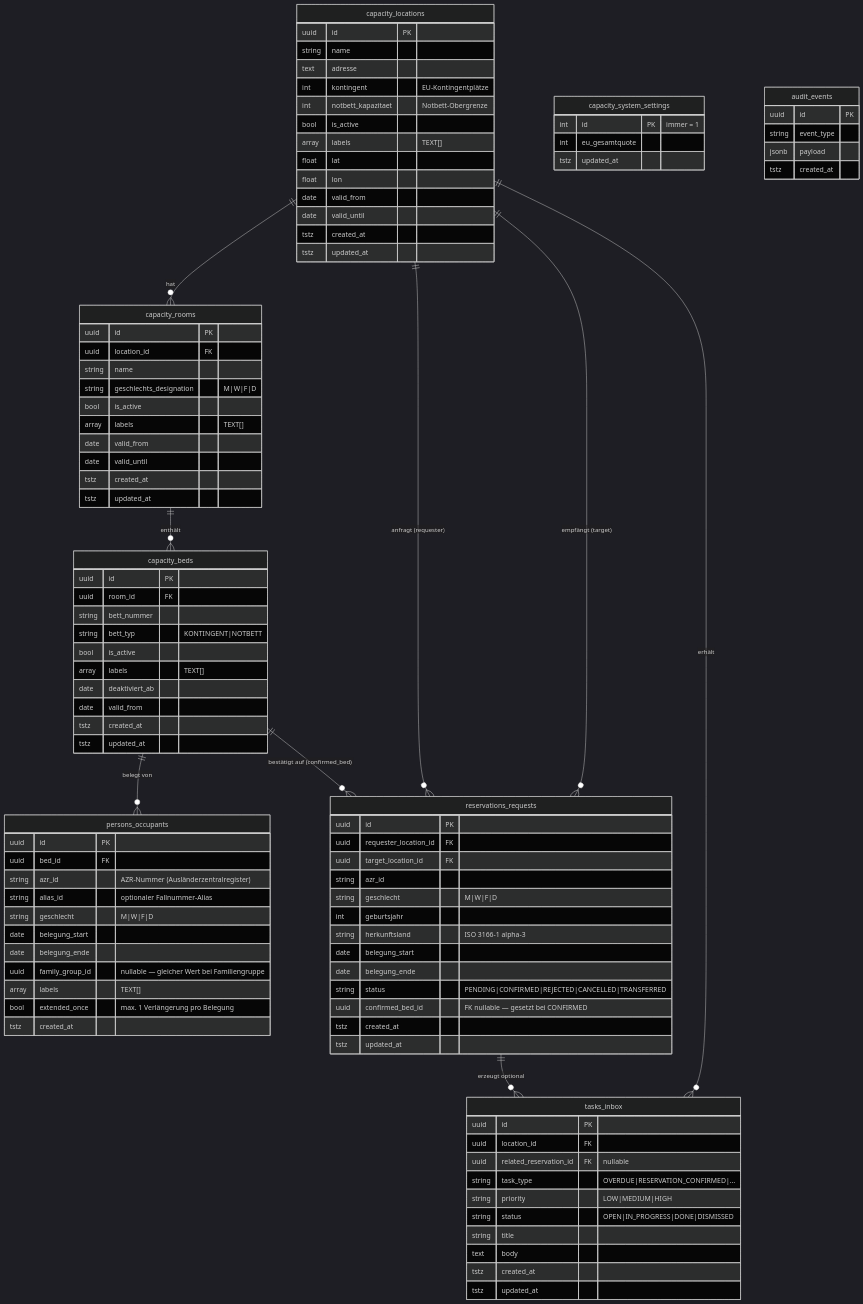
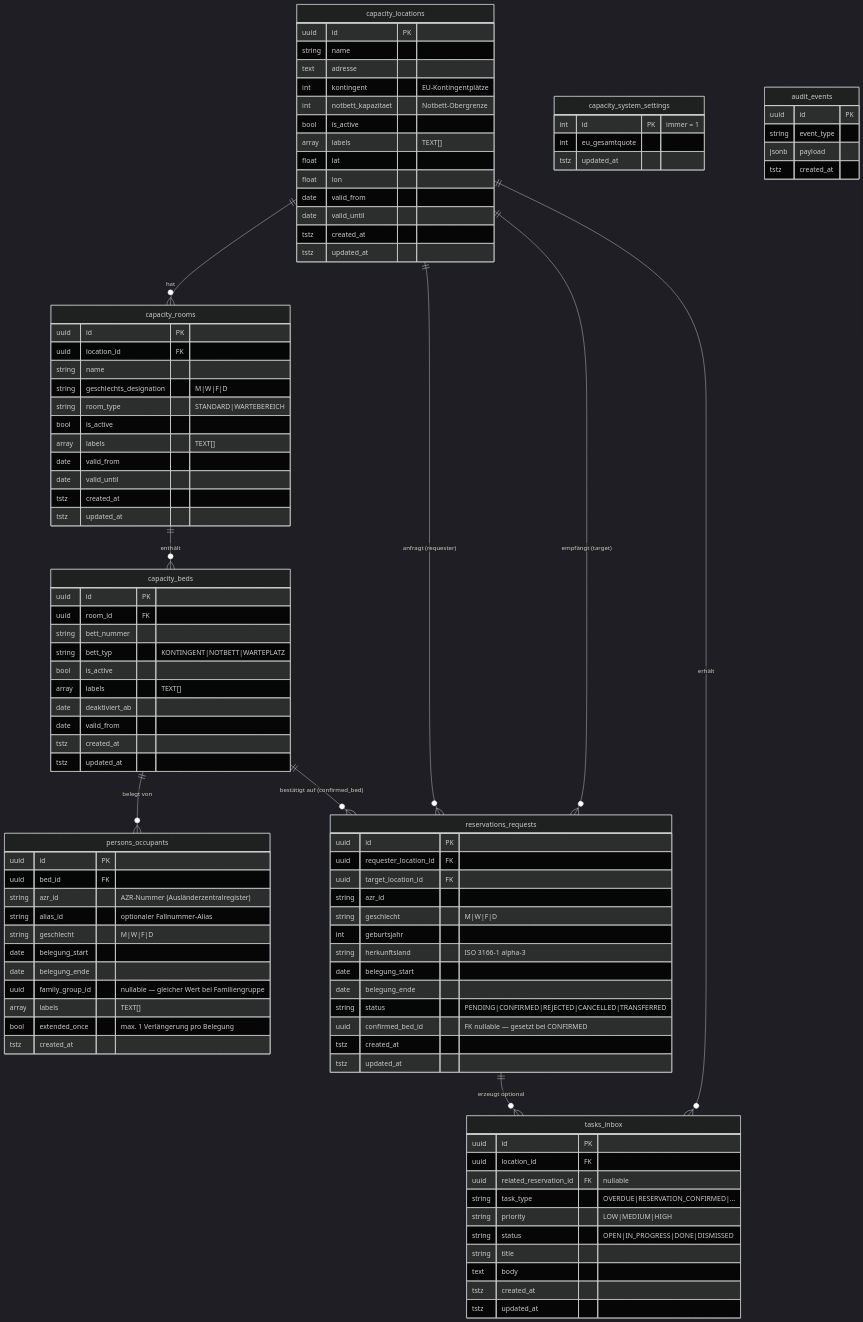
Before and after one commit to bmaier/KapazitaetsPlanungsTool: the diagram in datamodel.md, drawn with Mermaid (dark theme). The commit also changed other lines of this file and 19 other files, not shown here.

```diff
--- a/datamodel.md
+++ b/datamodel.md
@@ -45,6 +45,7 @@
         uuid    location_id     FK
         string  name
         string  geschlechts_designation  "M|W|F|D"
+        string  room_type                "STANDARD|WARTEBEREICH"
         bool    is_active
         array   labels                   "TEXT[]"
         date    valid_from
@@ -57,7 +58,7 @@
         uuid    id              PK
         uuid    room_id         FK
         string  bett_nummer
-        string  bett_typ        "KONTINGENT|NOTBETT"
+        string  bett_typ        "KONTINGENT|NOTBETT|WARTEPLATZ"
         bool    is_active
         array   labels          "TEXT[]"
         date    deaktiviert_ab
```
